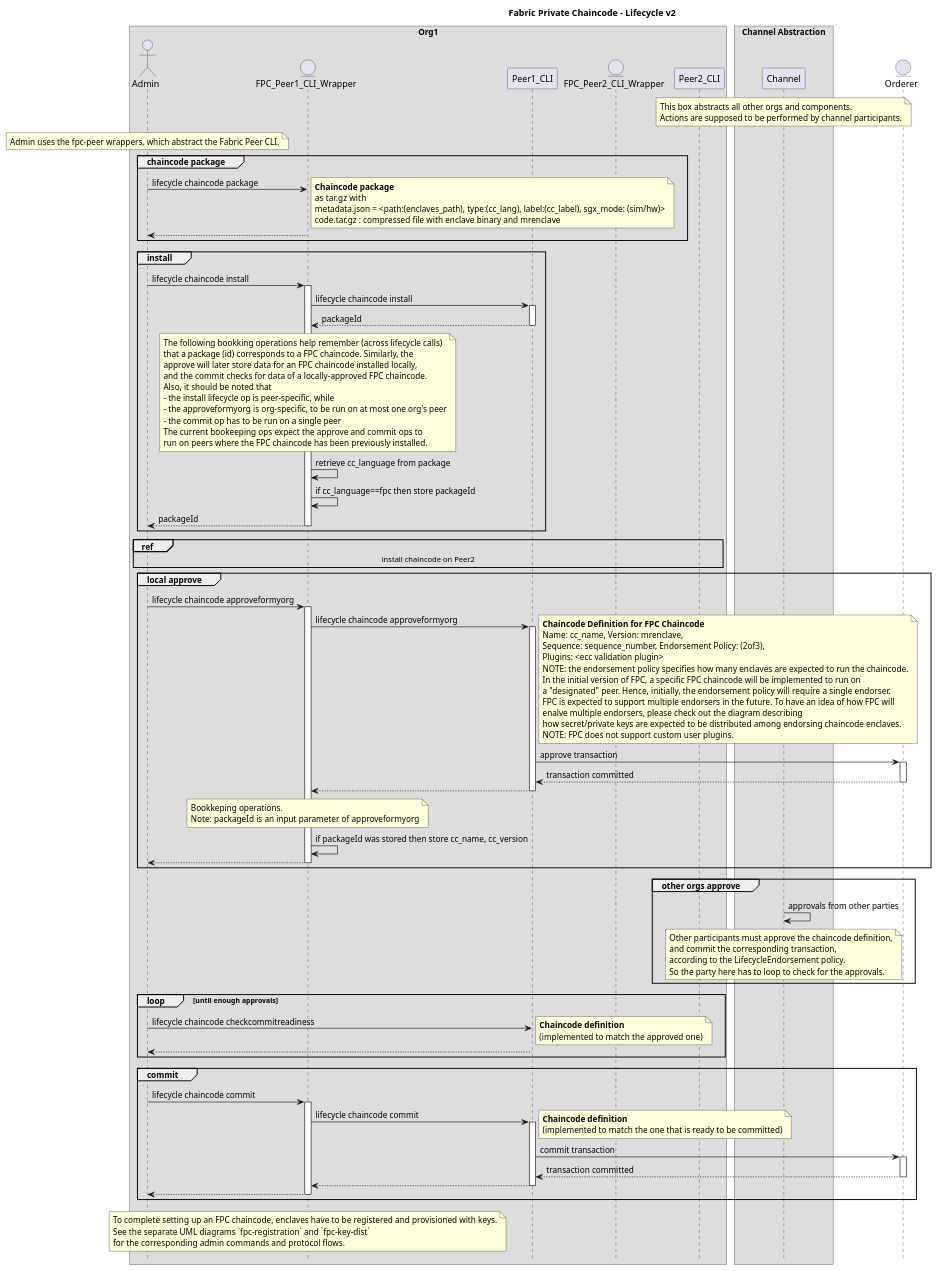
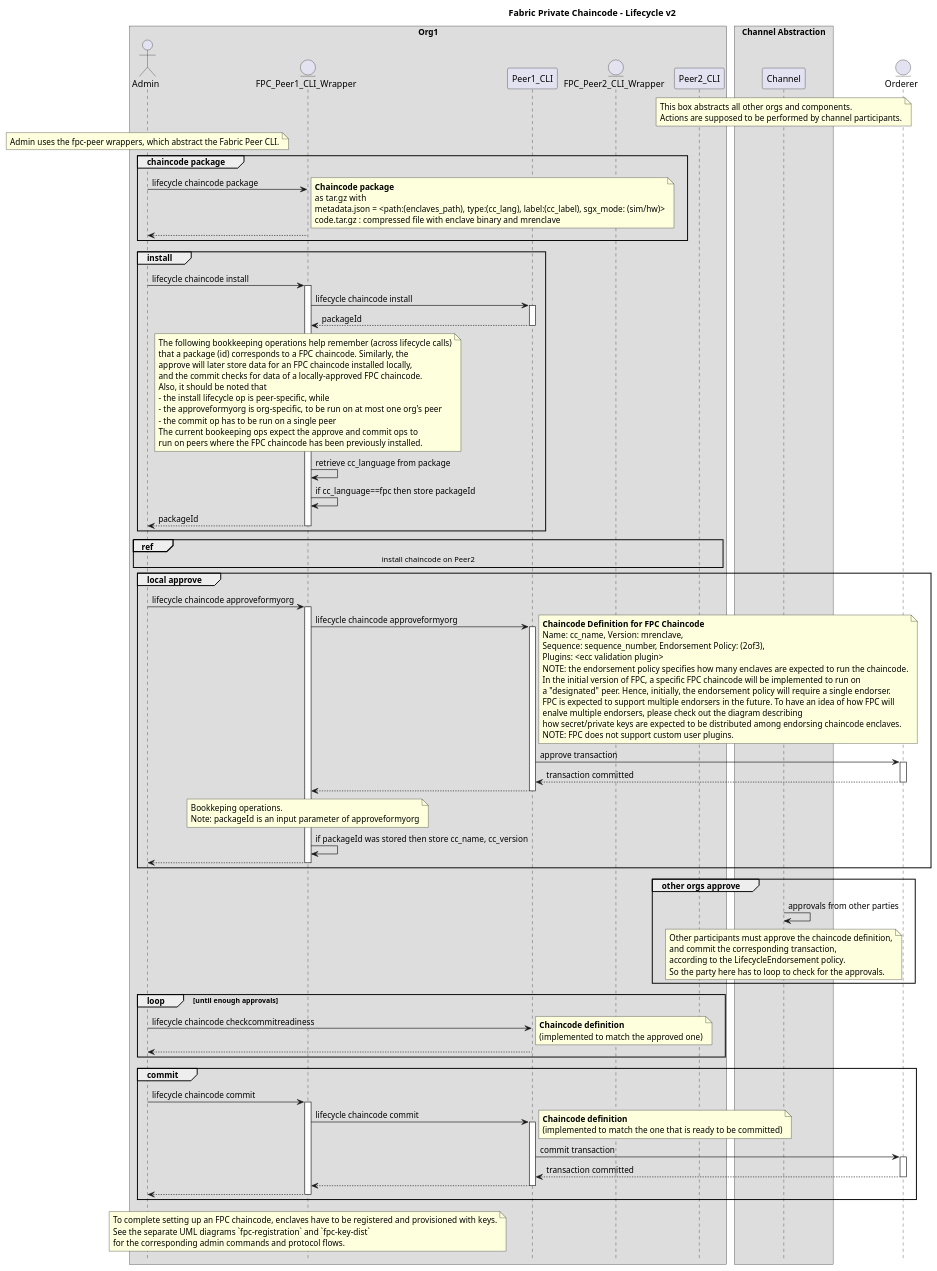
One commit to hyperledger/fabric-private-chaincode changed the diagram in docs/design/fabric-v2+/fpc-lifecycle-v2.puml. Above: the diagram before and after it, drawn with PlantUML.

```diff
--- a/docs/design/fabric-v2+/fpc-lifecycle-v2.puml
+++ b/docs/design/fabric-v2+/fpc-lifecycle-v2.puml
@@ -8,132 +8,132 @@
 @startuml
 
 !pragma teoz true
 
 hide footbox
 title Foot Box removed
 
 title Fabric Private Chaincode - Lifecycle v2
 
 box "Org1"
 actor	Admin order 10
 entity "FPC_Peer1_CLI_Wrapper" as FPC_Peer1_CLI_Wrapper order 15
 participant Peer1_CLI order 20
 entity "FPC_Peer2_CLI_Wrapper" as FPC_Peer2_CLI_Wrapper order 30
 participant Peer2_CLI order 40
 end box
 
 box "Channel Abstraction"
 participant Channel order 70
 note over Channel
     This box abstracts all other orgs and components.
     Actions are supposed to be performed by channel participants.
 end note
 end box
 
 entity Orderer order 80
 
 note over Admin
     Admin uses the fpc-peer wrappers, which abstract the Fabric Peer CLI.
 end note
 
 group chaincode package
 Admin -> FPC_Peer1_CLI_Wrapper : lifecycle chaincode package
 note right
     **Chaincode package**
     as tar.gz with
     metadata.json = <path:(enclaves_path), type:(cc_lang), label:(cc_label), sgx_mode: (sim/hw)>
     code.tar.gz : compressed file with enclave binary and mrenclave
 end note
 return
 end /' group chaincode package '/
 
 group install
 Admin -> FPC_Peer1_CLI_Wrapper ++: lifecycle chaincode install
 FPC_Peer1_CLI_Wrapper -> Peer1_CLI ++: lifecycle chaincode install
 return packageId
 note over FPC_Peer1_CLI_Wrapper
-    The following bookking operations help remember (across lifecycle calls)
+    The following bookkeeping operations help remember (across lifecycle calls)
     that a package (id) corresponds to a FPC chaincode. Similarly, the
     approve will later store data for an FPC chaincode installed locally,
     and the commit checks for data of a locally-approved FPC chaincode.
     Also, it should be noted that
     - the install lifecycle op is peer-specific, while
     - the approveformyorg is org-specific, to be run on at most one org's peer
     - the commit op has to be run on a single peer
     The current bookeeping ops expect the approve and commit ops to
     run on peers where the FPC chaincode has been previously installed.
 end note
 FPC_Peer1_CLI_Wrapper -> FPC_Peer1_CLI_Wrapper : retrieve cc_language from package
 FPC_Peer1_CLI_Wrapper -> FPC_Peer1_CLI_Wrapper : if cc_language==fpc then store packageId
 return packageId /' Admin -> FPC_Peer1_CLI_Wrapper '/
 end /' group install '/
 
 ref over Admin, FPC_Peer2_CLI_Wrapper, Peer2_CLI
     install chaincode on Peer2
 end /' ref '/
 
 group local approve
 Admin -> FPC_Peer1_CLI_Wrapper ++: lifecycle chaincode approveformyorg
 FPC_Peer1_CLI_Wrapper -> Peer1_CLI ++: lifecycle chaincode approveformyorg
 note right
     **Chaincode Definition for FPC Chaincode**
     Name: cc_name, Version: mrenclave,
     Sequence: sequence_number, Endorsement Policy: (2of3),
     Plugins: <ecc validation plugin>
     NOTE: the endorsement policy specifies how many enclaves are expected to run the chaincode.
     In the initial version of FPC, a specific FPC chaincode will be implemented to run on
     a "designated" peer. Hence, initially, the endorsement policy will require a single endorser.
     FPC is expected to support multiple endorsers in the future. To have an idea of how FPC will
     enalve multiple endorsers, please check out the diagram describing
     how secret/private keys are expected to be distributed among endorsing chaincode enclaves.
     NOTE: FPC does not support custom user plugins.
 end note
 Peer1_CLI -> Orderer ++: approve transaction
 return transaction committed /' Peer1_CLI -> Orderer '/
 return /' FPC_Peer1_CLI_Wrapper -> Peer1_CLI '/
 note over FPC_Peer1_CLI_Wrapper
     Bookkeping operations.
     Note: packageId is an input parameter of approveformyorg
 end note
 FPC_Peer1_CLI_Wrapper -> FPC_Peer1_CLI_Wrapper : if packageId was stored then store cc_name, cc_version
 return /' Admin -> FPC_Peer1_CLI_Wrapper '/
 end /' group approve '/
 
 group other orgs approve
 Channel -> Channel : approvals from other parties
 note over Channel
     Other participants must approve the chaincode definition,
     and commit the corresponding transaction,
     according to the LifecycleEndorsement policy.
     So the party here has to loop to check for the approvals.
 end note
 end group 'other orgs approve'
 
 
 loop until enough approvals
 	Admin -> Peer1_CLI : lifecycle chaincode checkcommitreadiness
 note right
     **Chaincode definition**
     (implemented to match the approved one)
 end note
     return
 end
 
 group commit
 Admin -> FPC_Peer1_CLI_Wrapper ++:lifecycle chaincode commit
 FPC_Peer1_CLI_Wrapper -> Peer1_CLI ++: lifecycle chaincode commit
 note right
     **Chaincode definition**
     (implemented to match the one that is ready to be committed)
 end note
 Peer1_CLI -> Orderer ++: commit transaction
 return transaction committed /' Peer1_CLI -> Orderer '/
 return /' FPC_Peer1_CLI_Wrapper -> Peer1_CLI '/
 return /' Admin -> FPC_Peer1_CLI_Wrapper '/
 end /' group commit '/
 note over FPC_Peer1_CLI_Wrapper
     To complete setting up an FPC chaincode, enclaves have to be registered and provisioned with keys.
     See the separate UML diagrams `fpc-registration` and `fpc-key-dist`
     for the corresponding admin commands and protocol flows.
 end note
 @enduml
```
